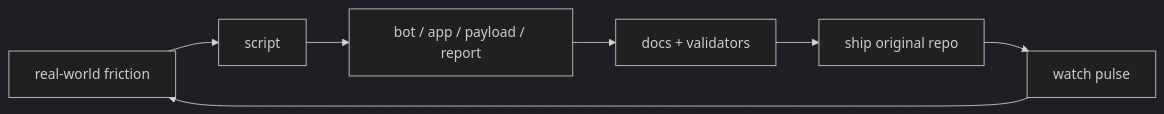
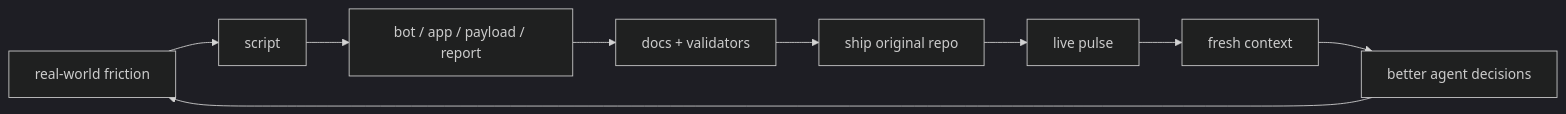
Before and after one commit to ooovenenoso/ooovenenoso: the diagram in README.md, drawn with Mermaid (dark theme). The commit also changed other lines of this file and 1 other file, not shown here.

Commit message:
docs: refresh profile README with live context style

````diff
--- a/README.md
+++ b/README.md
@@ -145,9 +170,11 @@
 ```mermaid
 flowchart LR
     A[real-world friction] --> B[script]
     B --> C[bot / app / payload / report]
     C --> D[docs + validators]
     D --> E[ship original repo]
-    E --> F[watch pulse]
-    F --> A
+    E --> F[live pulse]
+    F --> G[fresh context]
+    G --> H[better agent decisions]
+    H --> A
 ```
````
